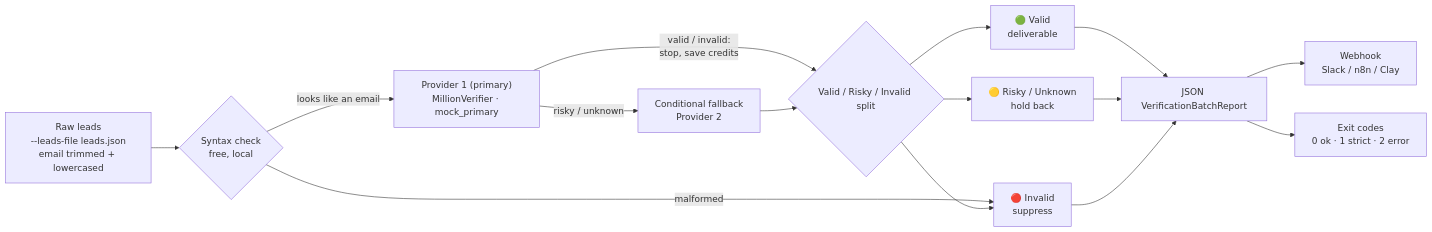
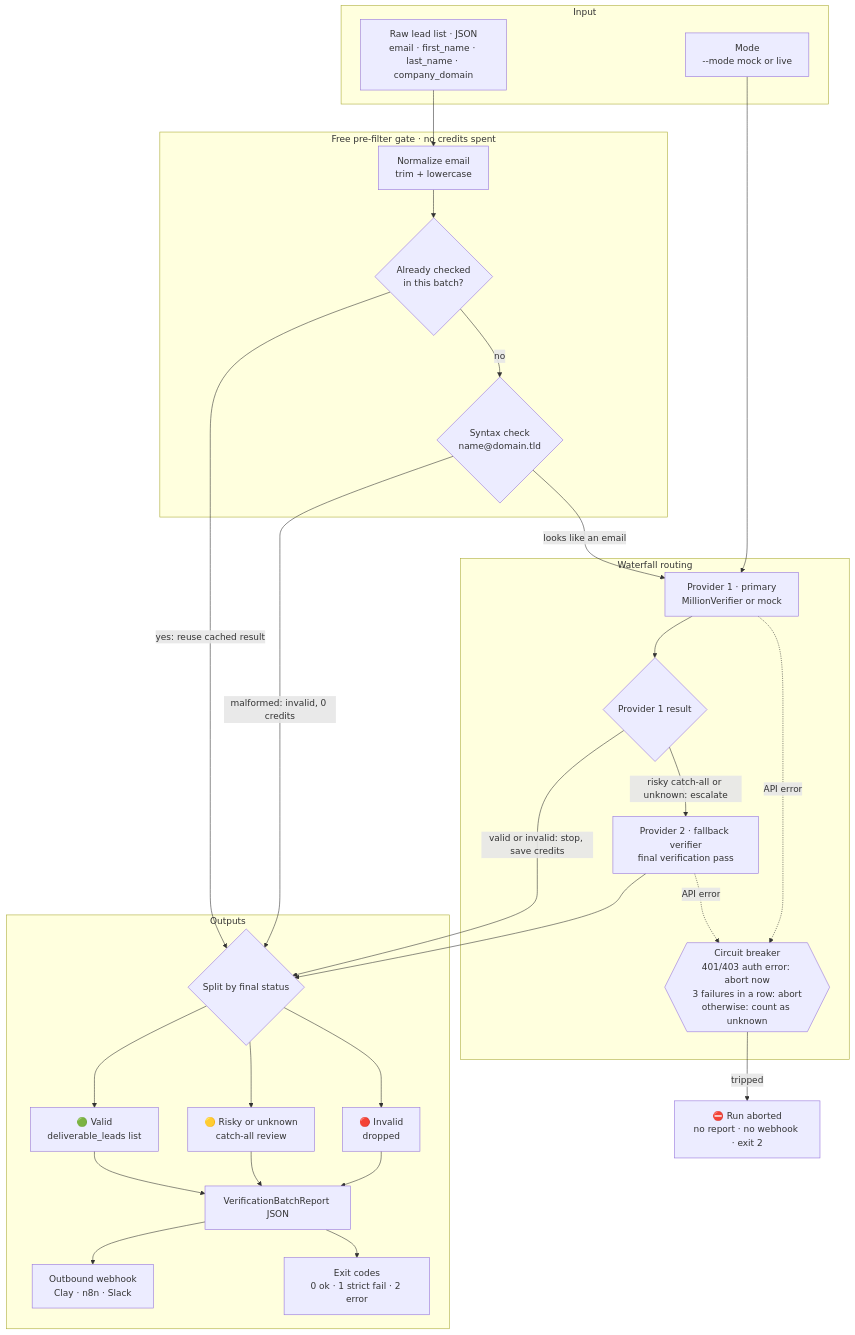
Before and after one commit to Brav00/Gtm-systems-engine: the second of 2 diagrams in README.md, drawn with Mermaid. The commit also changed other lines of this file, not shown here.

Commit message:
Docs: detailed Day 2 cost-optimized verification waterfall diagram
Claude-Session: https://claude.ai/code/session_01V298KdzCVCKxcY2KWHMDZb

````diff
--- a/README.md
+++ b/README.md
@@ -86,17 +86,55 @@
 ```mermaid
-flowchart LR
-    L["Raw leads<br/>--leads-file leads.json<br/>email trimmed + lowercased"] --> S{"Syntax check<br/>free, local"}
-    S -->|"malformed"| X
-    S -->|"looks like an email"| P1["Provider 1 (primary)<br/>MillionVerifier · mock_primary"]
-    P1 -->|"valid / invalid:<br/>stop, save credits"| SPLIT{"Valid / Risky / Invalid split"}
-    P1 -->|"risky / unknown"| P2["Conditional fallback<br/>Provider 2"]
+flowchart TD
+    subgraph INPUT["Input"]
+        RAW["Raw lead list · JSON<br/>email · first_name · last_name · company_domain"]
+        MODE["Mode<br/>--mode mock or live"]
+    end
+
+    subgraph PRE["Free pre-filter gate · no credits spent"]
+        NORM["Normalize email<br/>trim + lowercase"]
+        DEDUP{"Already checked<br/>in this batch?"}
+        SYN{"Syntax check<br/>name@domain.tld"}
+    end
+
+    subgraph WF["Waterfall routing"]
+        P1["Provider 1 · primary<br/>MillionVerifier or mock"]
+        R1{"Provider 1 result"}
+        P2["Provider 2 · fallback verifier<br/>final verification pass"]
+        CB{{"Circuit breaker<br/>401/403 auth error: abort now<br/>3 failures in a row: abort<br/>otherwise: count as unknown"}}
+    end
+
+    subgraph OUT["Outputs"]
+        SPLIT{"Split by final status"}
+        V["🟢 Valid<br/>deliverable_leads list"]
+        R["🟡 Risky or unknown<br/>catch-all review"]
+        X["🔴 Invalid<br/>dropped"]
+        REP["VerificationBatchReport JSON"]
+        HOOK["Outbound webhook<br/>Clay · n8n · Slack"]
+        EXIT["Exit codes<br/>0 ok · 1 strict fail · 2 error"]
+    end
+
+    ABORT["⛔ Run aborted<br/>no report · no webhook · exit 2"]
+
+    RAW --> NORM
+    MODE --> P1
+    NORM --> DEDUP
+    DEDUP -->|"yes: reuse cached result"| SPLIT
+    DEDUP -->|"no"| SYN
+    SYN -->|"malformed: invalid, 0 credits"| SPLIT
+    SYN -->|"looks like an email"| P1
+    P1 --> R1
+    R1 -->|"valid or invalid: stop, save credits"| SPLIT
+    R1 -->|"risky catch-all or unknown: escalate"| P2
     P2 --> SPLIT
-    SPLIT --> V["🟢 Valid<br/>deliverable"]
-    SPLIT --> R["🟡 Risky / Unknown<br/>hold back"]
-    SPLIT --> X["🔴 Invalid<br/>suppress"]
-    V --> J["JSON VerificationBatchReport"]
-    R --> J
-    X --> J
-    J --> W["Webhook<br/>Slack / n8n / Clay"]
-    J --> E["Exit codes<br/>0 ok · 1 strict · 2 error"]
+    P1 -.->|"API error"| CB
+    P2 -.->|"API error"| CB
+    CB -->|"tripped"| ABORT
+    SPLIT --> V
+    SPLIT --> R
+    SPLIT --> X
+    V --> REP
+    R --> REP
+    X --> REP
+    REP --> HOOK
+    REP --> EXIT
 ```
````
